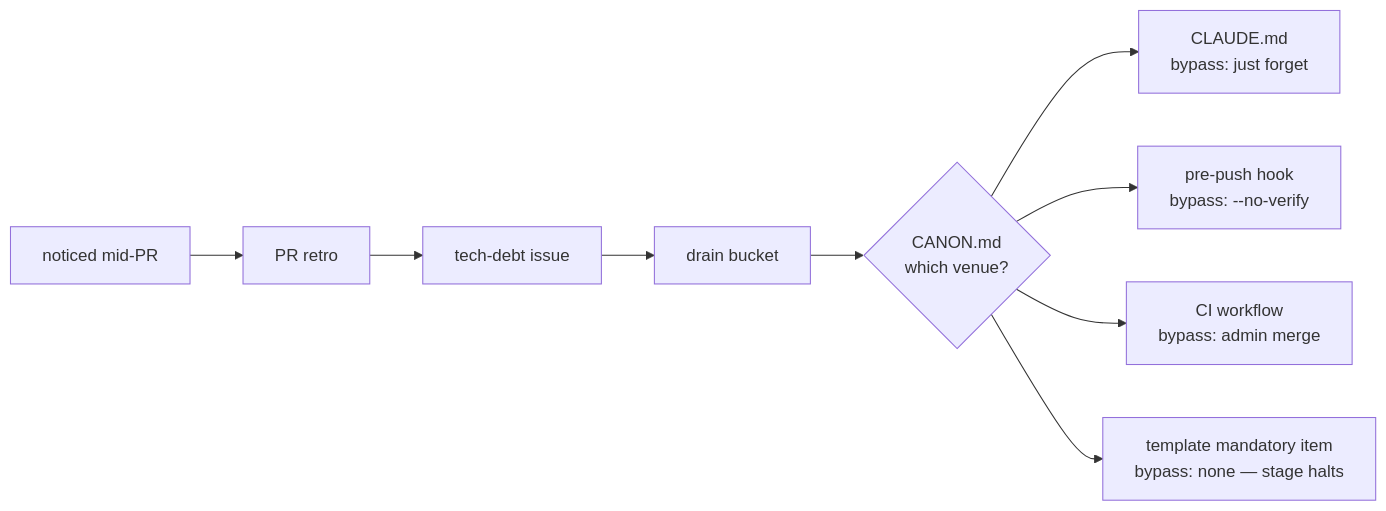
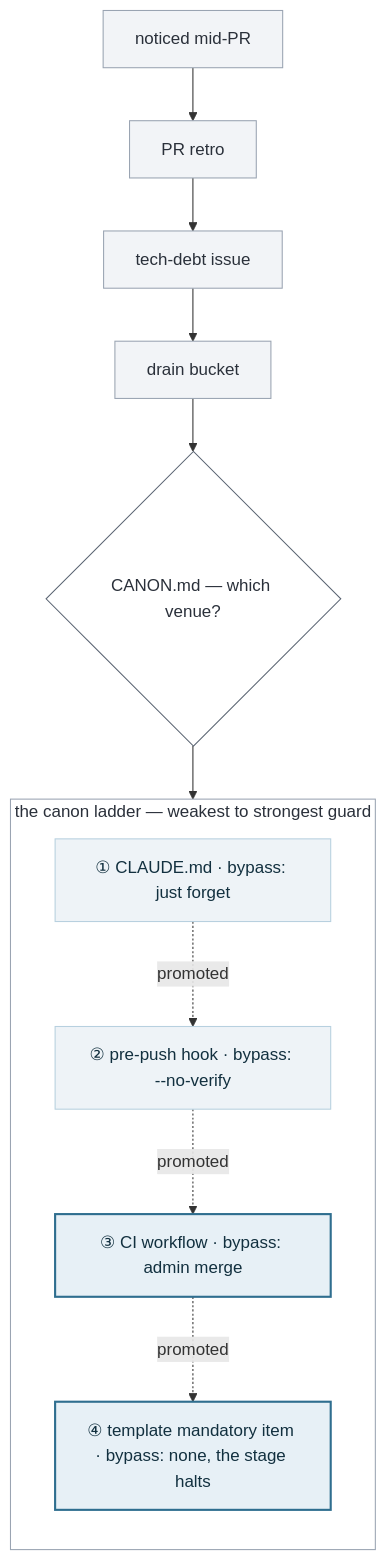
One commit to johnrtipton/pipeline-skills changed the second of 2 diagrams in docs/lifecycle-model.md. Above: the diagram before and after it, drawn with Mermaid. The commit also changed other lines of this file, not shown here.

First line of the commit message:
docs(lifecycle): restore the machine-vs-human colour encoding in both diagrams

````diff
--- a/docs/lifecycle-model.md
+++ b/docs/lifecycle-model.md
@@ -201,11 +214,29 @@
 ```mermaid
-flowchart LR
+flowchart TD
     A["noticed mid-PR"] --> B["PR retro"]
     B --> C["tech-debt issue"]
     C --> D["drain bucket"]
-    D --> E{"CANON.md<br/>which venue?"}
-    E --> V1["CLAUDE.md<br/>bypass: just forget"]
-    E --> V2["pre-push hook<br/>bypass: --no-verify"]
-    E --> V3["CI workflow<br/>bypass: admin merge"]
-    E --> V4["template mandatory item<br/>bypass: none — stage halts"]
+    D --> E{"CANON.md — which venue?"}
+    E --> LADDER
+
+    subgraph LADDER["the canon ladder — weakest to strongest guard"]
+      direction TB
+      V1["① CLAUDE.md · bypass: just forget"]
+      V2["② pre-push hook · bypass: --no-verify"]
+      V3["③ CI workflow · bypass: admin merge"]
+      V4["④ template mandatory item · bypass: none, the stage halts"]
+      V1 -.->|promoted| V2
+      V2 -.->|promoted| V3
+      V3 -.->|promoted| V4
+    end
+
+    classDef intake fill:#F2F4F7,stroke:#9AA4B2,stroke-width:1px,color:#2A303A
+    classDef dec fill:#FFFFFF,stroke:#5A6472,stroke-width:1px,color:#2A303A
+    classDef weak fill:#EEF3F7,stroke:#B7D0DF,stroke-width:1px,color:#12303F
+    classDef strong fill:#E7F0F6,stroke:#2F6E8F,stroke-width:2px,color:#12303F
+    class A,B,C,D intake
+    class E dec
+    class V1,V2 weak
+    class V3,V4 strong
+    style LADDER fill:#FFFFFF,stroke:#9AA4B2,stroke-width:1px,color:#2A303A
 ```
````
